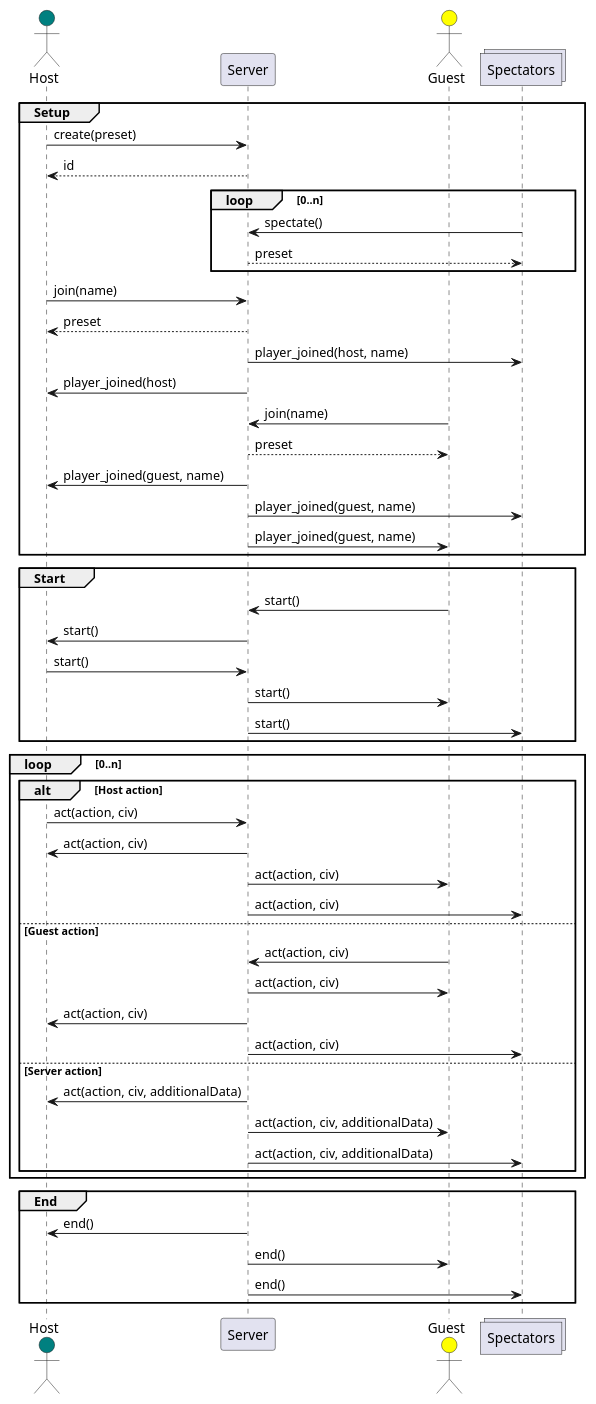
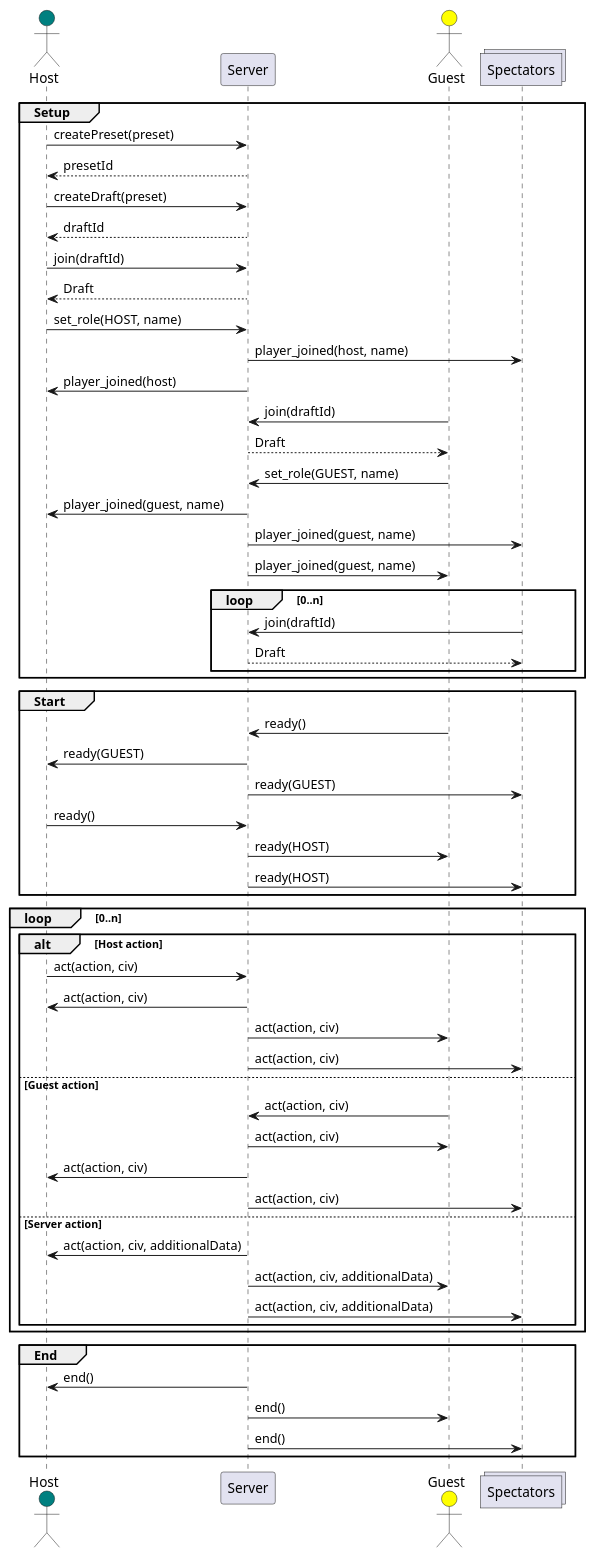
The diagram in session.puml (SiegeEngineers/aoe2cm2), drawn with PlantUML before and after one commit. The commit also changed 3 other files, not shown here.

```diff
--- a/session.puml
+++ b/session.puml
@@ -1,62 +1,67 @@
 @startuml
 actor Host #teal
 participant Server
 actor Guest #yellow
 collections Spectators
 
 group Setup
-Host -> Server : create(preset)
-Host <-- Server : id
+Host -> Server : createPreset(preset)
+Host <-- Server : presetId
+Host -> Server : createDraft(preset)
+Host <-- Server : draftId
 
-loop 0..n
-Spectators -> Server : spectate()
-Spectators <-- Server : preset
-end
-
-Host -> Server : join(name)
-Host <-- Server : preset
+Host -> Server : join(draftId)
+Host <-- Server : Draft
+Host -> Server : set_role(HOST, name)
 Server -> Spectators : player_joined(host, name)
 Host <- Server : player_joined(host)
 
-Guest -> Server : join(name)
-Guest <-- Server : preset
+Guest -> Server : join(draftId)
+Guest <-- Server : Draft
+Guest -> Server : set_role(GUEST, name)
 Host <- Server : player_joined(guest, name)
 Server -> Spectators : player_joined(guest, name)
 Guest <- Server : player_joined(guest, name)
+
+loop 0..n
+Spectators -> Server : join(draftId)
+Spectators <-- Server : Draft
+end
 end
 
 group Start
-Guest -> Server: start()
-Host <- Server: start()
-Host -> Server: start()
-Guest <- Server: start()
-Server -> Spectators: start()
+Guest -> Server: ready()
+Host <- Server: ready(GUEST)
+Server -> Spectators: ready(GUEST)
+Host -> Server: ready()
+Guest <- Server: ready(HOST)
+Server -> Spectators: ready(HOST)
 end
 
 loop 0..n
 alt Host action
 Host -> Server: act(action, civ)
 Host <- Server: act(action, civ)
 Guest <- Server: act(action, civ)
 Spectators <- Server: act(action, civ)
 
 else Guest action
 Guest -> Server: act(action, civ)
 Guest <- Server: act(action, civ)
 Host <- Server: act(action, civ)
 Spectators <- Server: act(action, civ)
 
 else Server action
 Host <- Server: act(action, civ, additionalData)
 Guest <- Server: act(action, civ, additionalData)
 Spectators <- Server: act(action, civ, additionalData)
 end
 end
 
 group End
 Host <- Server: end()
 Guest <- Server: end()
 Spectators <- Server: end()
 end
 
 @enduml
```
